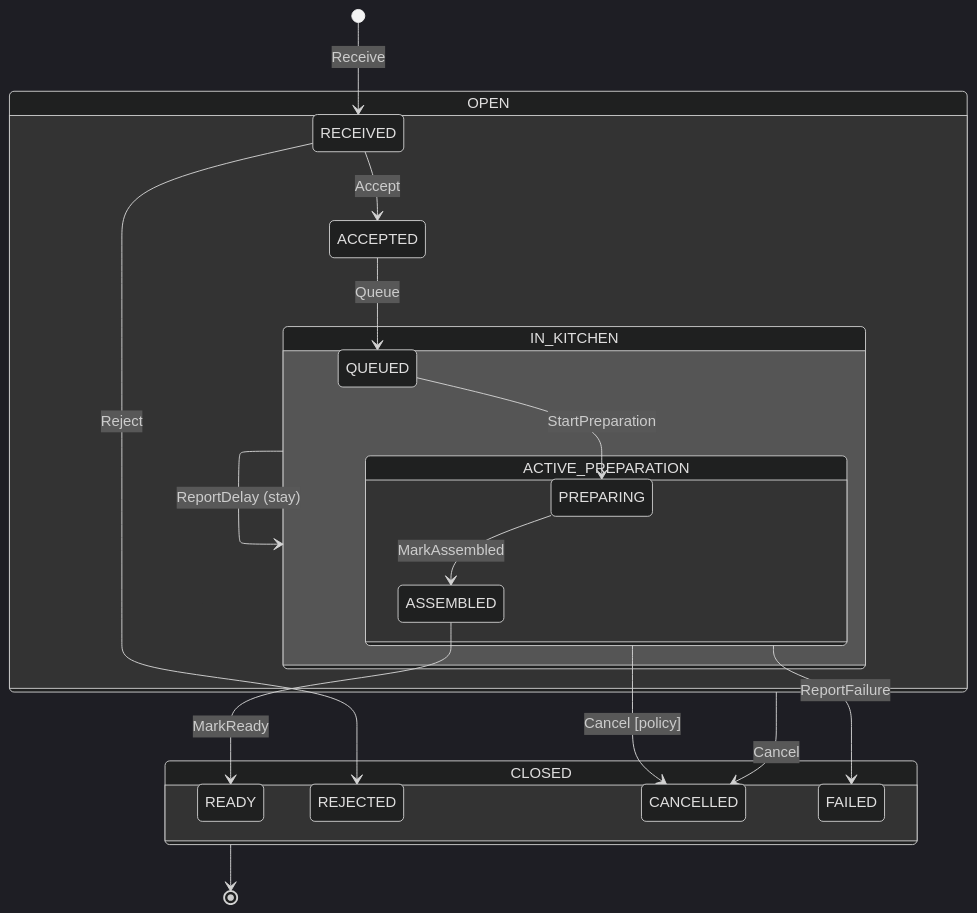
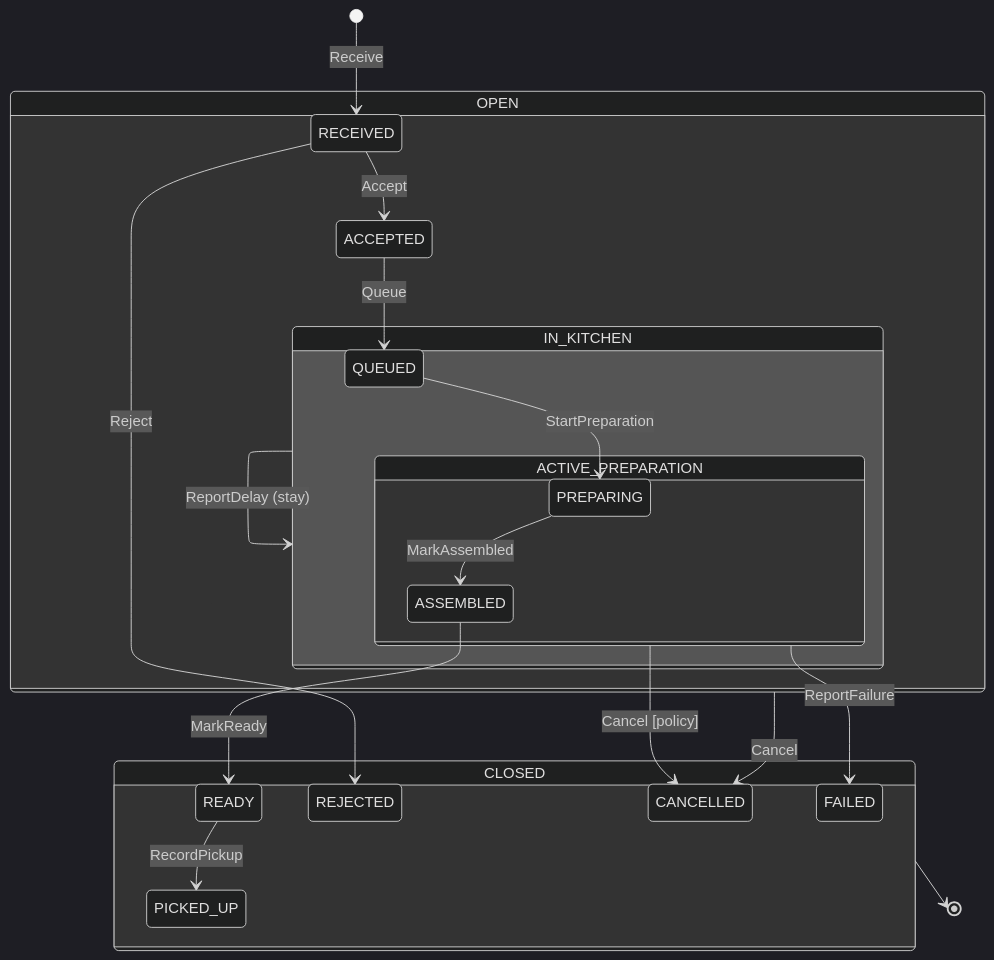
Before and after one commit to batazor/nomnom: the second of 4 diagrams in docs/fsm.md, drawn with Mermaid (dark theme). The commit also changed other lines of this file and 30 other files, not shown here.

First line of the commit message:
feat(restaurants): READY order goes to PICKED_UP on DeliveryPickedUp

````diff
--- a/docs/fsm.md
+++ b/docs/fsm.md
@@ -276,27 +276,29 @@
 ```mermaid
 stateDiagram-v2
     [*] --> RECEIVED: Receive
     state OPEN {
         RECEIVED --> ACCEPTED: Accept
         ACCEPTED --> QUEUED: Queue
         state IN_KITCHEN {
             QUEUED --> PREPARING: StartPreparation
             state ACTIVE_PREPARATION {
                 PREPARING --> ASSEMBLED: MarkAssembled
             }
         }
     }
     state CLOSED {
         READY
+        PICKED_UP
         REJECTED
         CANCELLED
         FAILED
     }
     RECEIVED --> REJECTED: Reject
     ASSEMBLED --> READY: MarkReady
+    READY --> PICKED_UP: RecordPickup
     OPEN --> CANCELLED: Cancel
     ACTIVE_PREPARATION --> CANCELLED: Cancel [policy]
     ACTIVE_PREPARATION --> FAILED: ReportFailure
     IN_KITCHEN --> IN_KITCHEN: ReportDelay (stay)
     CLOSED --> [*]
 ```
````
